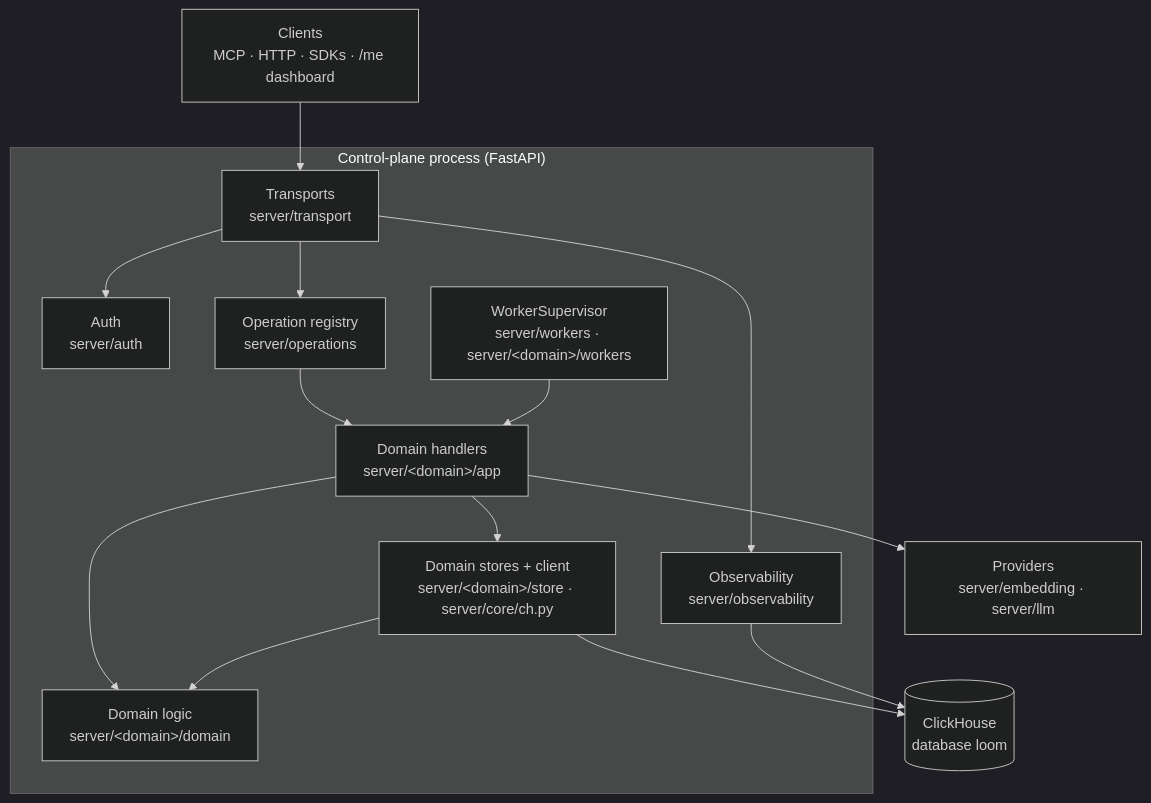
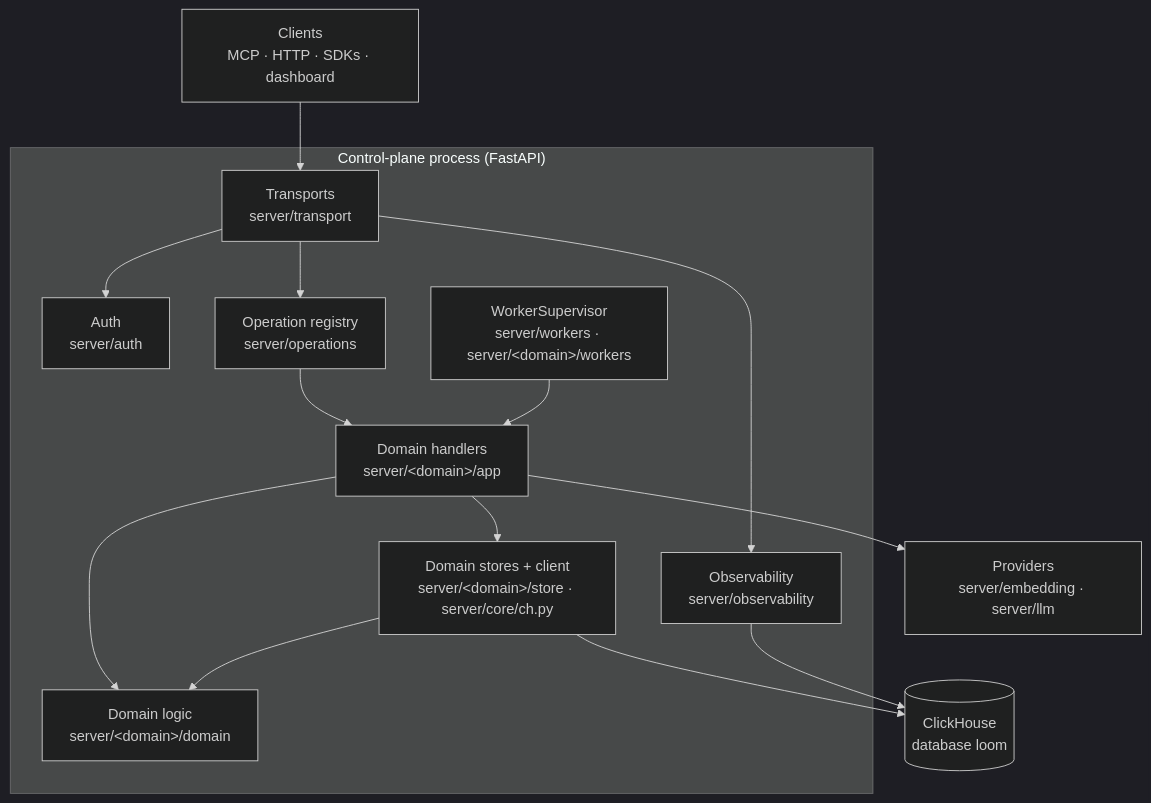
One commit to ClickHouse/loom changed the first of 2 diagrams in docs/architecture/system-overview.md. Above: the diagram before and after it, drawn with Mermaid (dark theme). The commit also changed other lines of this file and 694 other files, not shown here.

````diff
--- a/docs/architecture/system-overview.md
+++ b/docs/architecture/system-overview.md
@@ -25,25 +25,25 @@
 ```mermaid
 flowchart TB
-  clients["Clients<br/>MCP · HTTP · SDKs · /me dashboard"]
+  clients["Clients<br/>MCP · HTTP · SDKs · dashboard"]
   subgraph cp["Control-plane process (FastAPI)"]
     transports["Transports<br/>server/transport"]
     auth["Auth<br/>server/auth"]
     registry["Operation registry<br/>server/operations"]
     app["Domain handlers<br/>server/&lt;domain&gt;/app"]
     domain["Domain logic<br/>server/&lt;domain&gt;/domain"]
     store["Domain stores + client<br/>server/&lt;domain&gt;/store · server/core/ch.py"]
     workers["WorkerSupervisor<br/>server/workers · server/&lt;domain&gt;/workers"]
     obs["Observability<br/>server/observability"]
   end
   providers["Providers<br/>server/embedding · server/llm"]
   ch[("ClickHouse<br/>database loom")]
   clients --> transports
   transports --> auth
   transports --> registry --> app --> store --> ch
   app --> domain
   store --> domain
   workers --> app
   app --> providers
   transports --> obs
   obs --> ch
 ```
````
